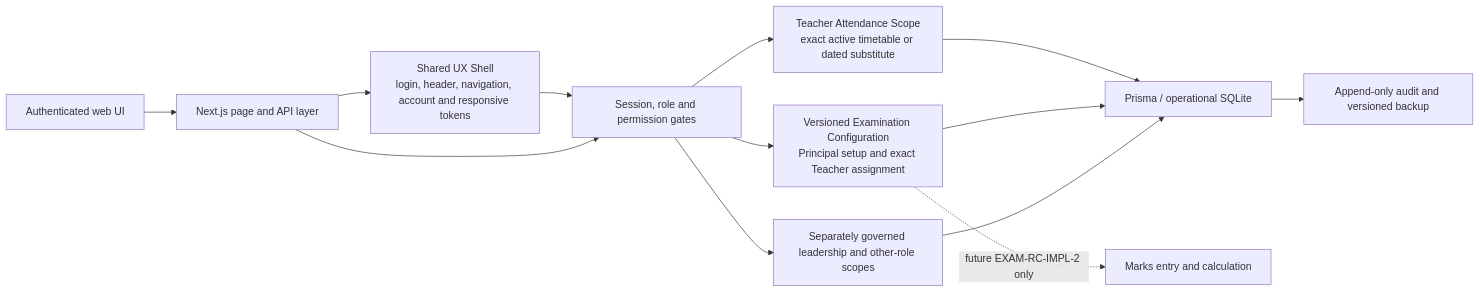
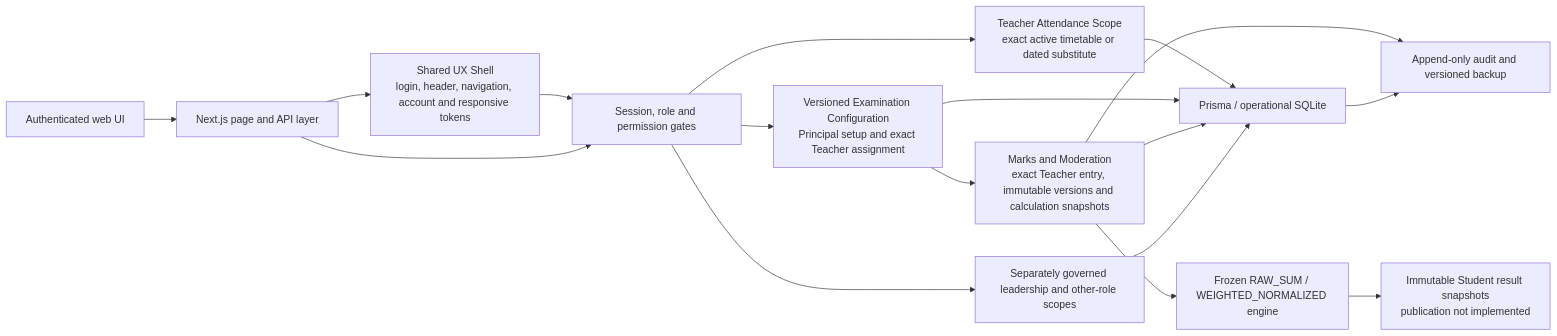
One commit to vsairohith67/nalanda-school-erp changed the diagram in docs/diagrams/master-architecture.mmd. Above: the diagram before and after it, drawn with Mermaid. The commit also changed 54 other files, not shown here.

Commit message:
Implement governed exam marks moderation calculations

```diff
--- a/docs/diagrams/master-architecture.mmd
+++ b/docs/diagrams/master-architecture.mmd
@@ -1,13 +1,17 @@
 flowchart LR
   UI["Authenticated web UI"] --> APP["Next.js page and API layer"]
   APP --> UX["Shared UX Shell\nlogin, header, navigation, account and responsive tokens"]
   UX --> AUTH
   APP --> AUTH["Session, role and permission gates"]
   AUTH --> TAS["Teacher Attendance Scope\nexact active timetable or dated substitute"]
   AUTH --> EXAM["Versioned Examination Configuration\nPrincipal setup and exact Teacher assignment"]
   AUTH --> GOV["Separately governed leadership and other-role scopes"]
   TAS --> DATA["Prisma / operational SQLite"]
   EXAM --> DATA
-  EXAM -. "future EXAM-RC-IMPL-2 only" .-> MARKS["Marks entry and calculation"]
+  EXAM --> MARKS["Marks and Moderation\nexact Teacher entry, immutable versions and calculation snapshots"]
+  MARKS --> DATA
+  MARKS --> CALC["Frozen RAW_SUM / WEIGHTED_NORMALIZED engine"]
+  CALC --> SNAP["Immutable Student result snapshots\npublication not implemented"]
+  MARKS --> AUDIT
   GOV --> DATA
   DATA --> AUDIT["Append-only audit and versioned backup"]
```
